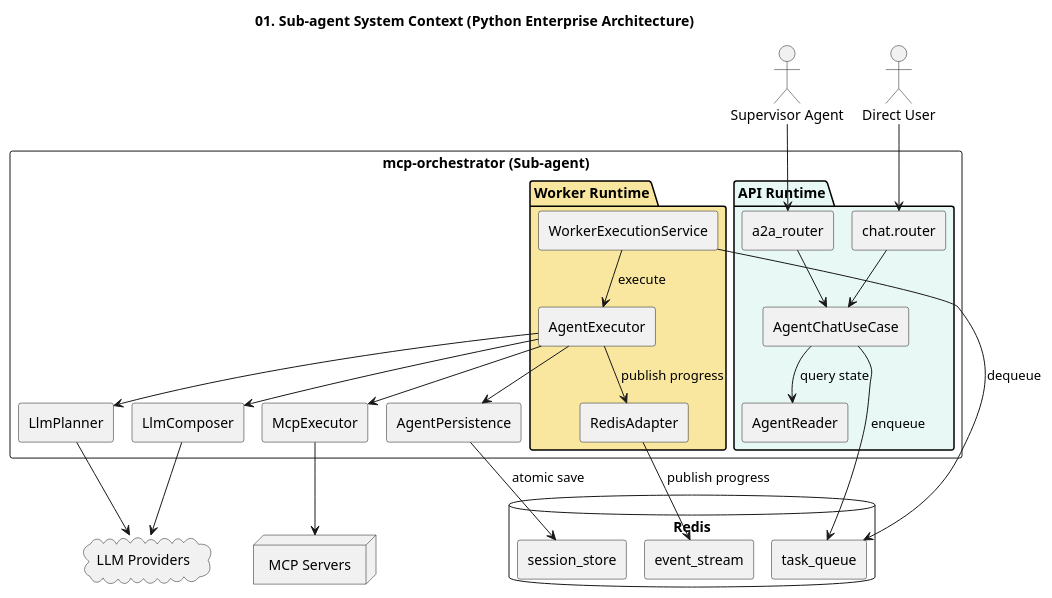
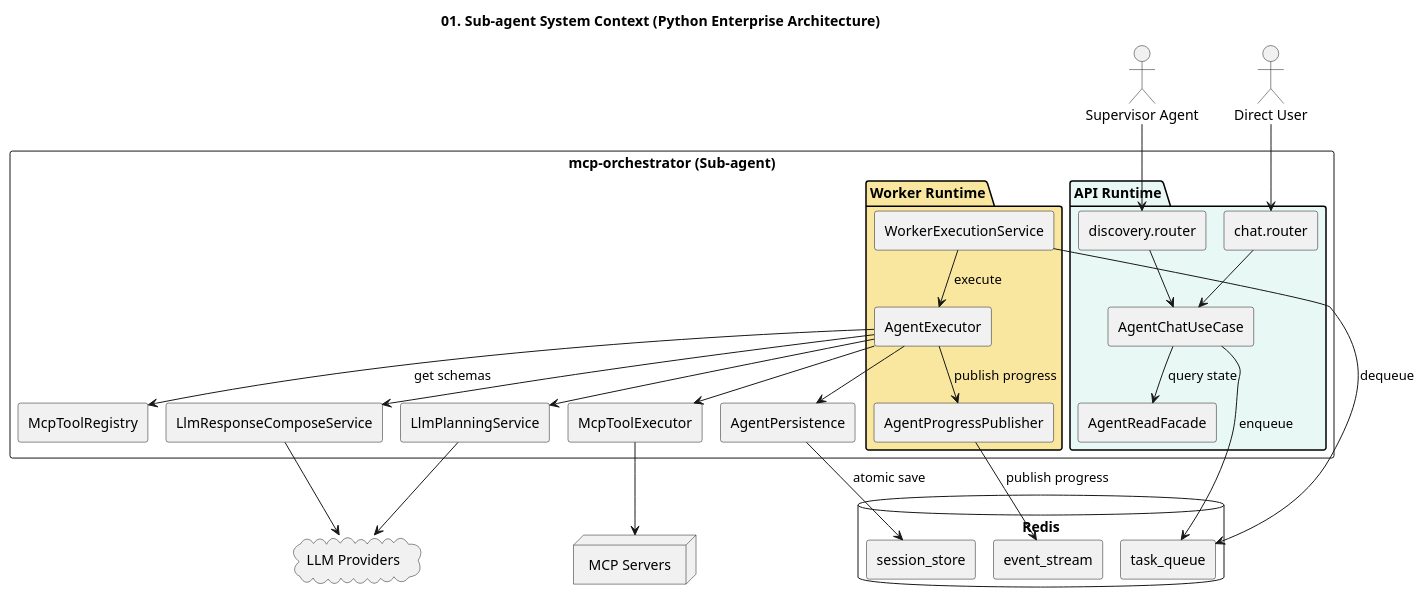
One commit to kim57uak/smart-supervisor-sub-agent changed the diagram in a2a-subagent-architecture/01-system-context.puml. Above: the diagram before and after it, drawn with PlantUML. The commit also changed 33 other files, not shown here.

```diff
--- a/a2a-subagent-architecture/01-system-context.puml
+++ b/a2a-subagent-architecture/01-system-context.puml
@@ -1,63 +1,65 @@
 @startuml
 !pragma layout smetana
 title 01. Sub-agent System Context (Python Enterprise Architecture)
 
 skinparam shadowing false
 skinparam componentStyle rectangle
 
 actor "Supervisor Agent" as Supervisor
 actor "Direct User" as User
 
 rectangle "mcp-orchestrator (Sub-agent)" {
   package "API Runtime" #E8F8F5 {
     [chat.router] as api_agent
-    [a2a_router] as api_a2a
+    [discovery.router] as api_a2a
     [AgentChatUseCase] as usecase
-    [AgentReader] as reader
+    [AgentReadFacade] as reader
   }
 
   package "Worker Runtime" #F9E79F {
     [WorkerExecutionService] as worker
     [AgentExecutor] as executor
-    [RedisAdapter] as adapter
+    [AgentProgressPublisher] as publisher
   }
 
-  [LlmPlanner] as planner
-  [McpExecutor] as tool_exec
-  [LlmComposer] as composer
+  [LlmPlanningService] as planner
+  [McpToolExecutor] as tool_exec
+  [LlmResponseComposeService] as composer
   [AgentPersistence] as persistence
+  [McpToolRegistry] as registry
 }
 
 database "Redis" as Redis {
   [task_queue]
   [event_stream]
   [session_store]
 }
 
 cloud "LLM Providers" as LLM
 node "MCP Servers" as MCP
 
 User --> api_agent
 Supervisor --> api_a2a
 
 api_agent --> usecase
 api_a2a --> usecase
 usecase --> task_queue : enqueue
 usecase --> reader : query state
 
 worker --> task_queue : dequeue
 worker --> executor : execute
 executor --> planner
 executor --> tool_exec
 executor --> composer
 executor --> persistence
-executor --> adapter : publish progress
+executor --> publisher : publish progress
+executor --> registry : get schemas
 
-adapter --> event_stream : publish progress
+publisher --> event_stream : publish progress
 persistence --> session_store : atomic save
 
 planner --> LLM
 composer --> LLM
 tool_exec --> MCP
 
 @enduml
```
